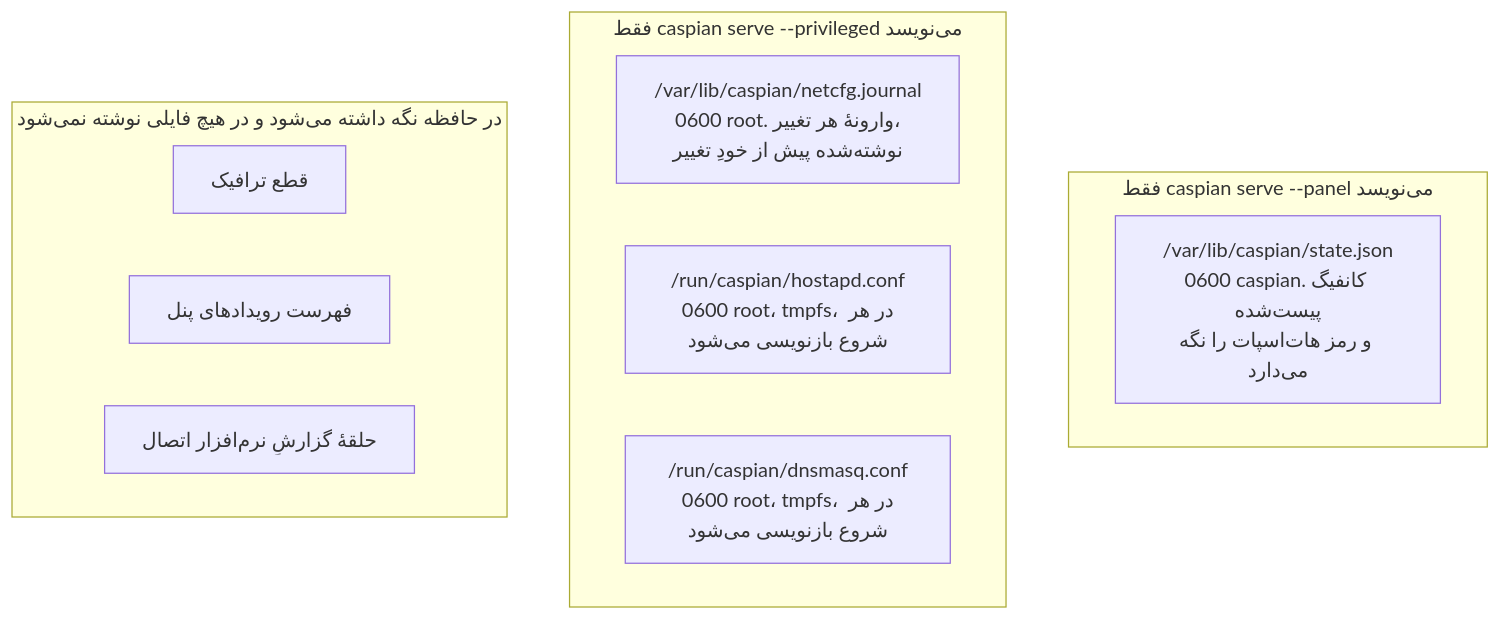
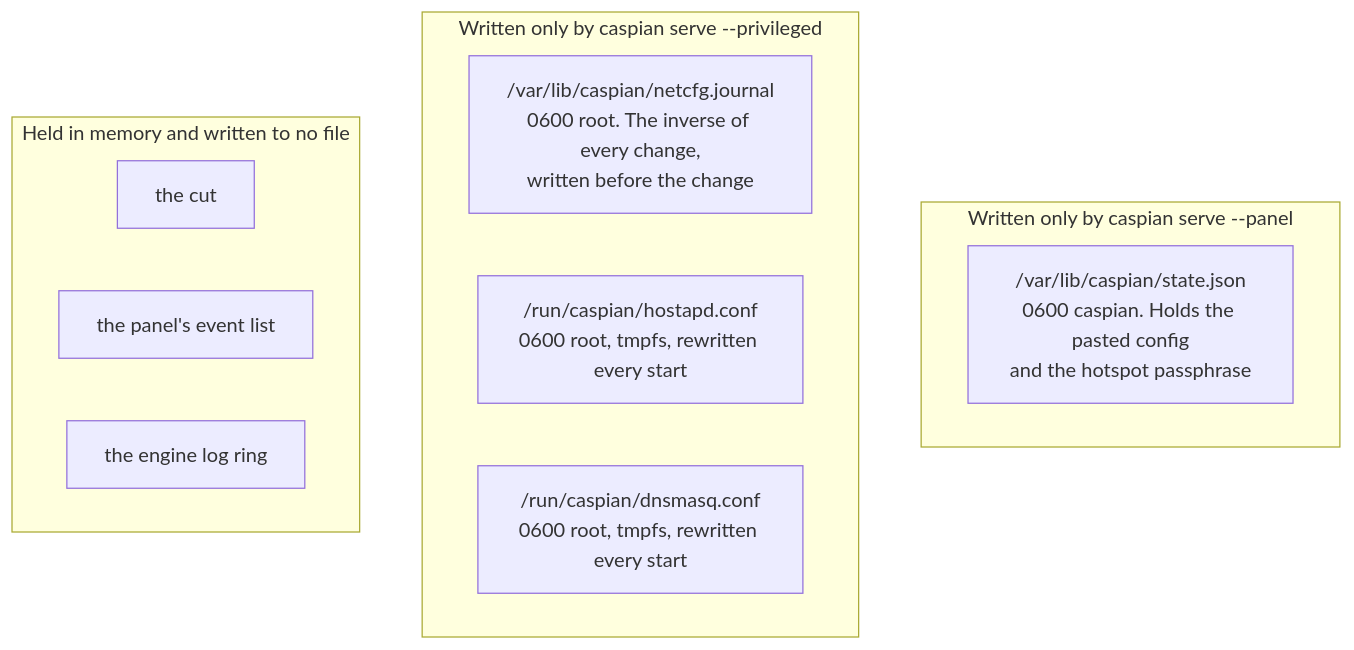
The third of 8 diagrams in docs/wiki/Architecture.fa.md (Iman/caspian), drawn with Mermaid before and after one commit. The commit also changed other lines of this file and 149 other files, not shown here.

````diff
--- a/docs/wiki/Architecture.fa.md
+++ b/docs/wiki/Architecture.fa.md
@@ -153,18 +142,18 @@
 ```mermaid
 flowchart TB
-    subgraph panelowns["فقط caspian serve --panel می‌نویسد"]
-        SJ["/var/lib/caspian/state.json<br/>0600 caspian. کانفیگ پیست‌شده<br/>و رمز هات‌اسپات را نگه می‌دارد"]
+    subgraph panelowns["Written only by caspian serve --panel"]
+        SJ["/var/lib/caspian/state.json<br/>0600 caspian. Holds the pasted config<br/>and the hotspot passphrase"]
     end
 
-    subgraph privowns["فقط caspian serve --privileged می‌نویسد"]
-        JN["/var/lib/caspian/netcfg.journal<br/>0600 root. وارونهٔ هر تغییر،<br/>نوشته‌شده پیش از خودِ تغییر"]
-        HC["/run/caspian/hostapd.conf<br/>0600 root، tmpfs، در هر شروع بازنویسی می‌شود"]
-        DC["/run/caspian/dnsmasq.conf<br/>0600 root، tmpfs، در هر شروع بازنویسی می‌شود"]
+    subgraph privowns["Written only by caspian serve --privileged"]
+        JN["/var/lib/caspian/netcfg.journal<br/>0600 root. The inverse of every change,<br/>written before the change"]
+        HC["/run/caspian/hostapd.conf<br/>0600 root, tmpfs, rewritten every start"]
+        DC["/run/caspian/dnsmasq.conf<br/>0600 root, tmpfs, rewritten every start"]
     end
 
-    subgraph nofile["در حافظه نگه داشته می‌شود و در هیچ فایلی نوشته نمی‌شود"]
-        CUT["قطع ترافیک"]
-        EVT["فهرست رویدادهای پنل"]
-        RING["حلقهٔ گزارشِ نرم‌افزار اتصال"]
+    subgraph nofile["Held in memory and written to no file"]
+        CUT["the cut"]
+        EVT["the panel's event list"]
+        RING["the engine log ring"]
     end
 ```
````
